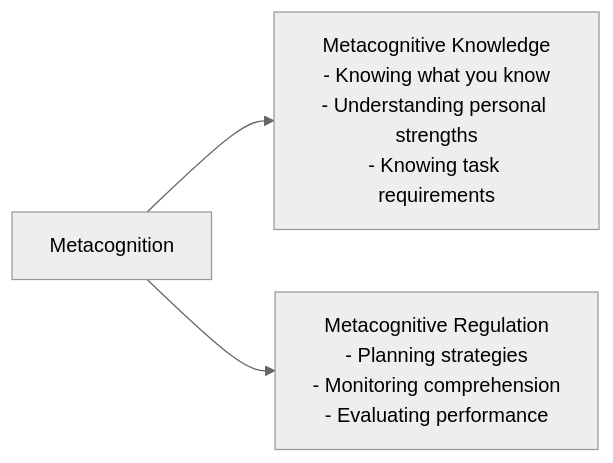
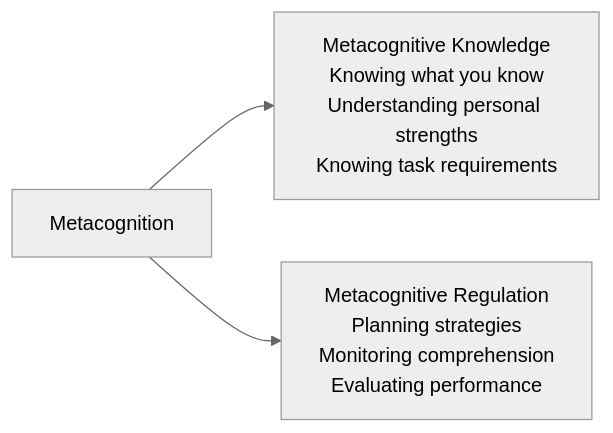
One commit to aidocmr/learn-bscs changed the second of 5 diagrams in content/Year 1/Understanding the Self/11. Learning to be a Better Student.md. Above: the diagram before and after it, drawn with Mermaid (neutral theme). The commit also changed other lines of this file and 20 other files, not shown here.

First line of the commit message:
fix: Remove markdown lists and numbered prefixes from all Mermaid diagrams

````diff
--- a/content/Year 1/Understanding the Self/11. Learning to be a Better Student.md
+++ b/content/Year 1/Understanding the Self/11. Learning to be a Better Student.md
@@ -38,5 +38,5 @@
 ```mermaid
 graph LR
-    Meta["Metacognition"] --> MK["Metacognitive Knowledge<br/>- Knowing what you know<br/>- Understanding personal strengths<br/>- Knowing task requirements"]
-    Meta --> MR["Metacognitive Regulation<br/>- Planning strategies<br/>- Monitoring comprehension<br/>- Evaluating performance"]
+    Meta["Metacognition"] --> MK["Metacognitive Knowledge<br/>Knowing what you know<br/>Understanding personal strengths<br/>Knowing task requirements"]
+    Meta --> MR["Metacognitive Regulation<br/>Planning strategies<br/>Monitoring comprehension<br/>Evaluating performance"]
 ```
````
